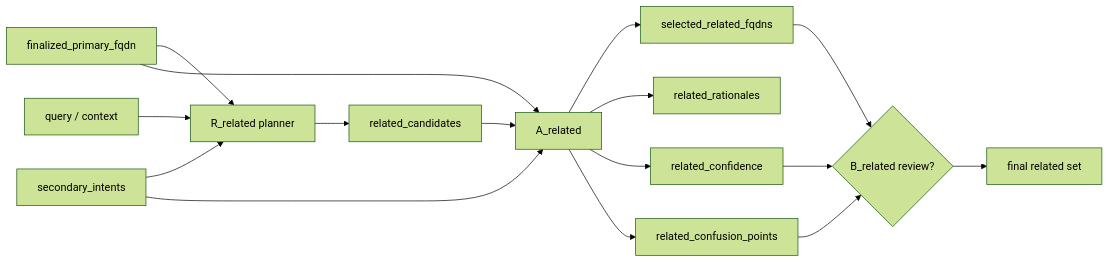
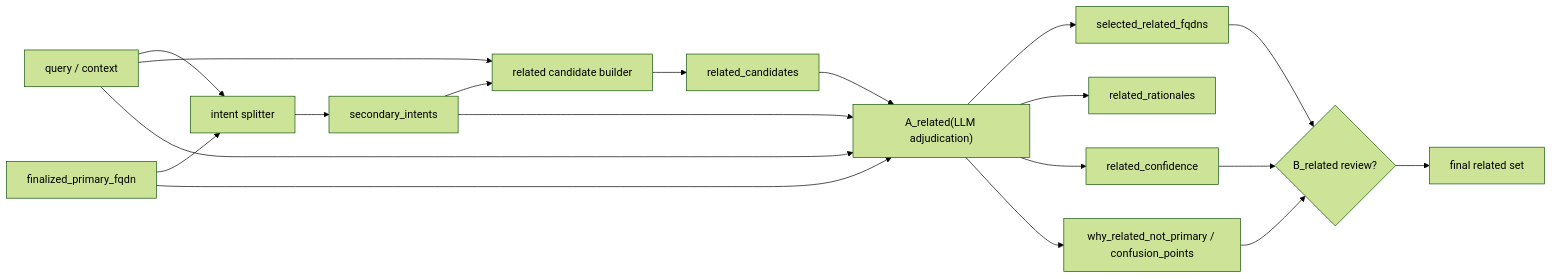
The second of 3 diagrams in closure/30_related_v2_architecture_design.md (ucdsy/IndProject2025), drawn with Mermaid (forest theme) before and after one commit. The commit also changed other lines of this file and 37 other files, not shown here.

````diff
--- a/closure/30_related_v2_architecture_design.md
+++ b/closure/30_related_v2_architecture_design.md
@@ -110,21 +113,24 @@
 ```mermaid
 flowchart LR
-    P["finalized_primary_fqdn"] --> RRP["R_related planner"]
-    I["secondary_intents"] --> RRP
-    C["query / context"] --> RRP
+    C["query / context"] --> IS["intent splitter"]
+    P["finalized_primary_fqdn"] --> IS
+    IS --> I["secondary_intents"]
+    C --> RRP["related candidate builder"]
+    I --> RRP
 
     RRP --> RC["related_candidates"]
-    RC --> AR["A_related"]
+    RC --> AR["A_related(LLM adjudication)"]
     P --> AR
     I --> AR
+    C --> AR
 
     AR --> D1["selected_related_fqdns"]
     AR --> D2["related_rationales"]
     AR --> D3["related_confidence"]
-    AR --> D4["related_confusion_points"]
+    AR --> D4["why_related_not_primary / confusion_points"]
 
     D1 --> BR{"B_related review?"}
     D3 --> BR
     D4 --> BR
     BR --> OUT["final related set"]
 ```
````
